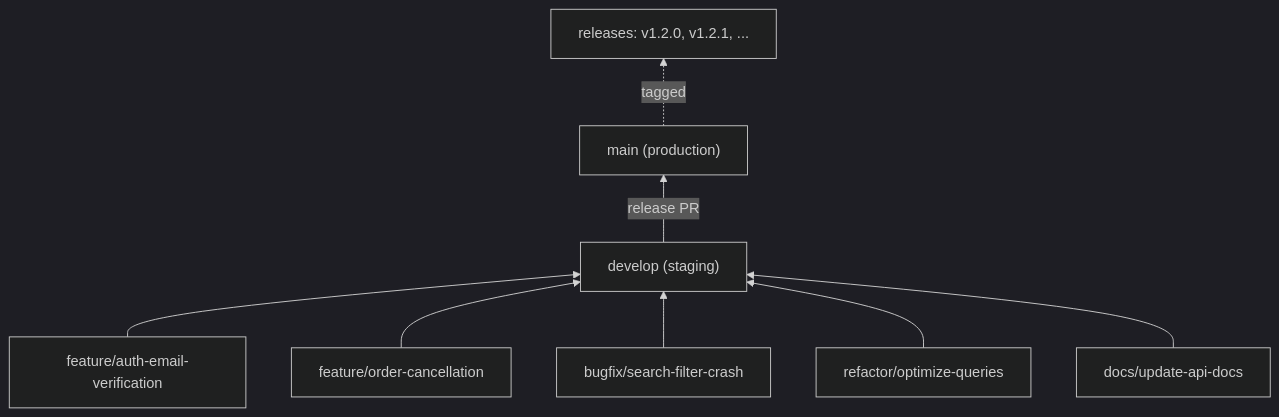
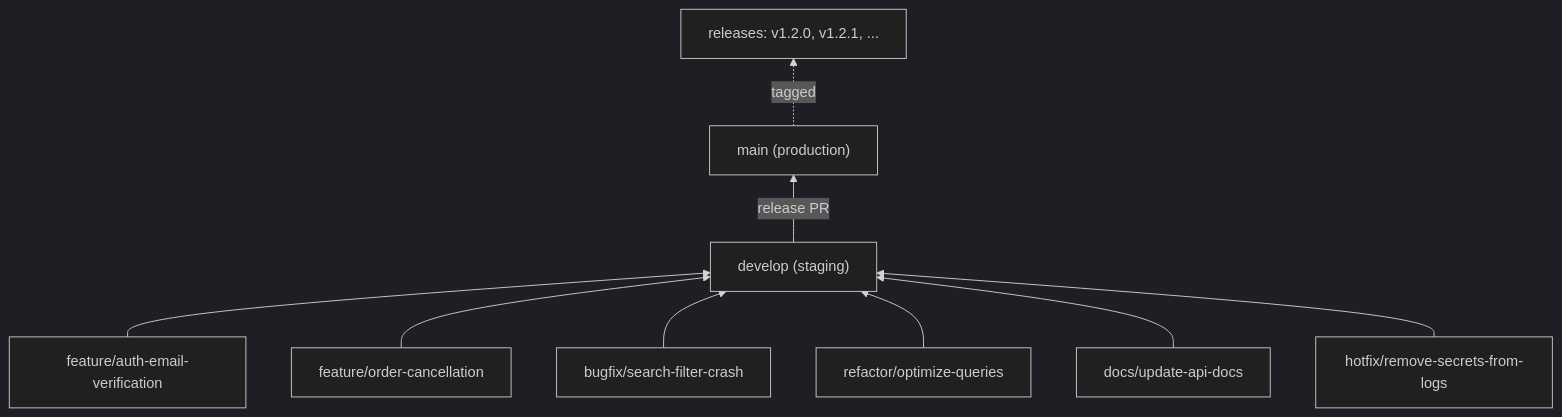
One commit to Iarylkin/proFinder_backend changed the diagram in docs/15 - SDLC & Workflow.md. Above: the diagram before and after it, drawn with Mermaid (dark theme). The commit also changed other lines of this file, not shown here.

First line of the commit message:
docs: describe hotfix and release branches in SDLC

````diff
--- a/docs/15 - SDLC & Workflow.md
+++ b/docs/15 - SDLC & Workflow.md
@@ -500,10 +473,11 @@
 ```mermaid
 flowchart BT
     F1["feature/auth-email-verification"] --> D
     F2["feature/order-cancellation"] --> D
     F3["bugfix/search-filter-crash"] --> D
     F4["refactor/optimize-queries"] --> D
     F5["docs/update-api-docs"] --> D
+    H["hotfix/remove-secrets-from-logs"] --> D
     D["develop (staging)"] -->|release PR| M["main (production)"]
     M -.->|tagged| T["releases: v1.2.0, v1.2.1, ..."]
 ```
````
